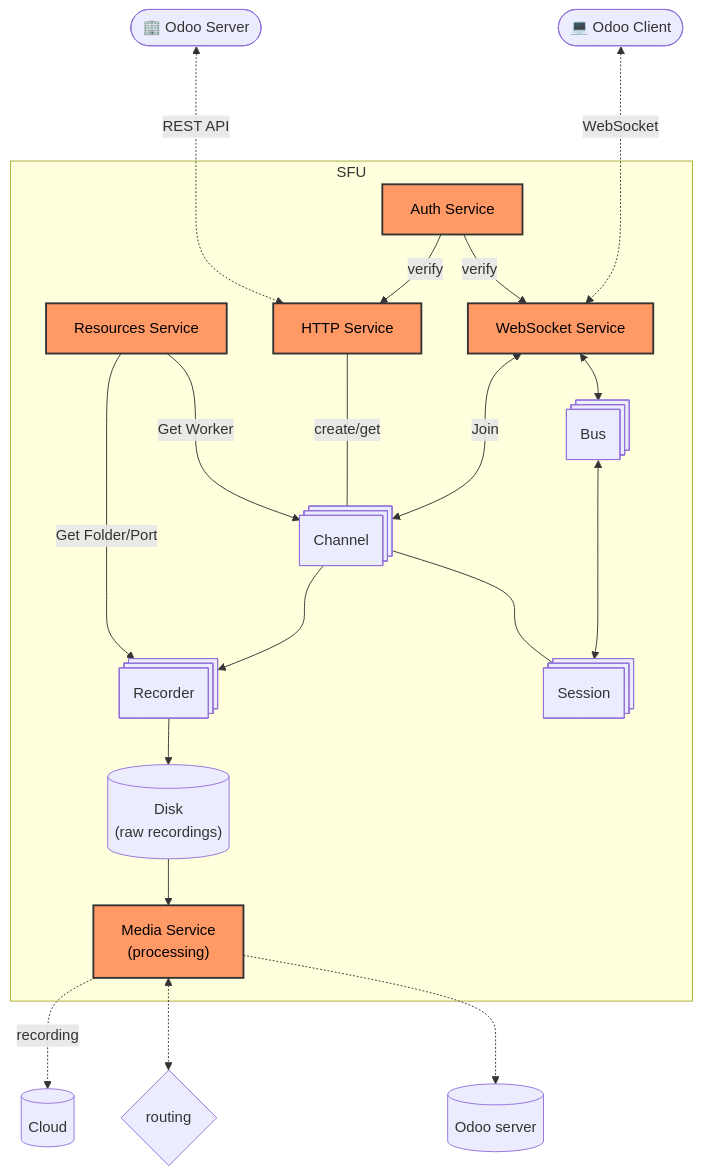
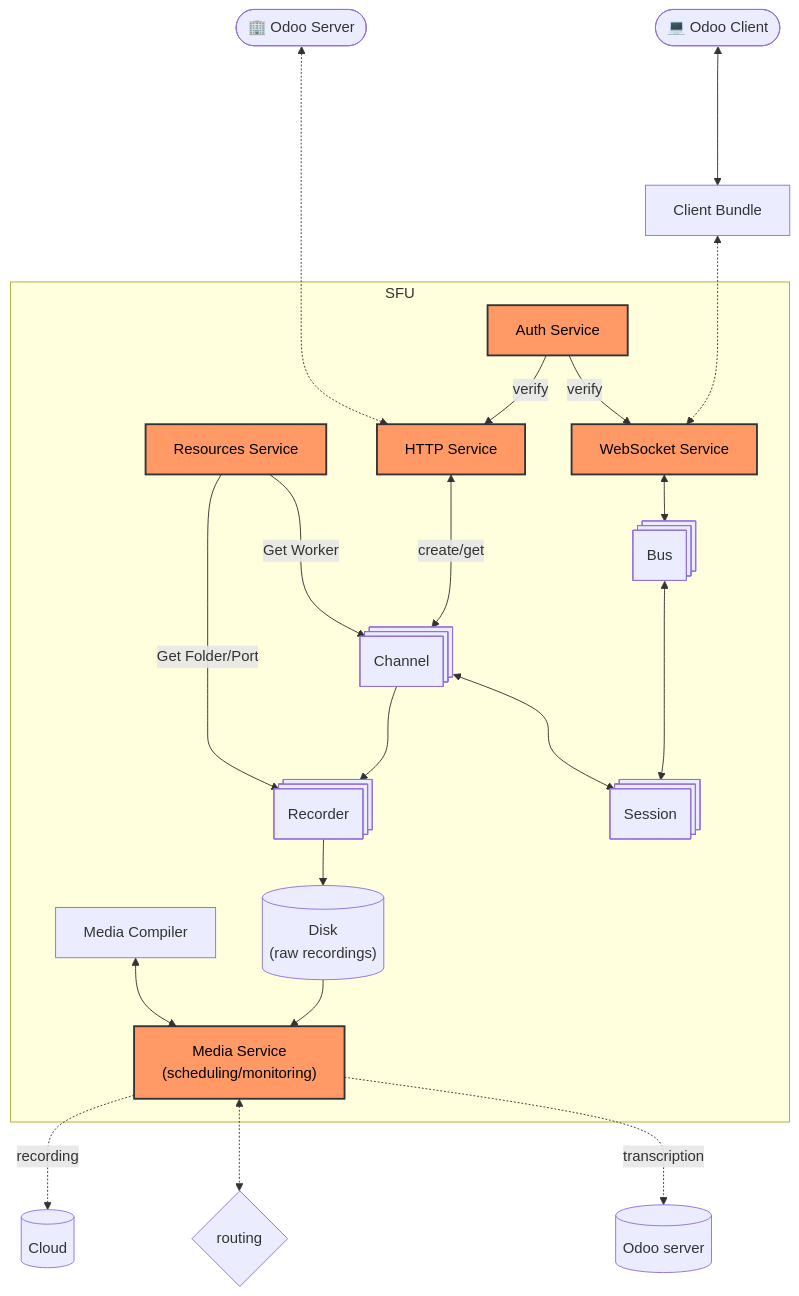
The first of 2 diagrams in src/services/README.md (odoo/sfu), drawn with Mermaid before and after one commit. The commit also changed 8 other files, not shown here.

Commit message:
[wip] media service / media compiler

````diff
--- a/src/services/README.md
+++ b/src/services/README.md
@@ -7,50 +7,54 @@
 ```mermaid
 flowchart TB
  subgraph s1["SFU"]
         HTTP["HTTP Service"]
         WS["WebSocket Service"]
         Auth["Auth Service"]
         Bus["Bus"]
         Channel["Channel"]
         Resources["Resources Service"]
         Recorder["Recorder"]
-        Media["Media Service<br>(processing)"]
+        Media["Media Service<br>(scheduling/monitoring)"]
         Session["Session"]
         Disk["Disk<br>(raw recordings)"]
+        MC
   end
     C1["Cloud"]
     Auth -- verify --> WS
-    Server(["🏢 Odoo Server"]) <-. REST API ...-> HTTP
-    Client(["💻 Odoo Client"]) <-. WebSocket ...-> WS
+    Server(["🏢 Odoo Server"]) <-.....-> HTTP
+    CB["Client Bundle"]
+    Client(["💻 Odoo Client"]) <----> CB
+    CB <-..-> WS
     Auth -- verify --> HTTP
     WS <--> Bus
-    Channel --- Session
+    Channel <---> Session
     Bus <----> Session
     Resources -- Get Worker ---> Channel
     Resources -- Get Folder/Port ---> Recorder
-    HTTP -- create/get ---- Channel
-    WS <-- Join ---> Channel
+    HTTP <-- create/get ---> Channel
     
     Channel ---> Recorder
     Recorder --> Disk
+    
     Media -.->|recording| C1
     Media <-.-> R1(["routing"])
-    Media -.-> O2["Odoo server"]
+    Media -.->|transcription| O2["Odoo server"]
+    MC["Media Compiler"] <--> Media
     Disk --> Media
     
 
     Bus@{shape: procs}
     Channel@{shape: procs}
     Recorder@{shape: procs}
     Session@{shape: procs}
     R1@{shape: diamond}
     O2@{shape: cyl}
     Disk@{shape: cyl}
     C1@{shape: cyl}
     HTTP:::service
     WS:::service
     Auth:::service
     Media:::service
     Resources:::service
     classDef service fill:#f96,stroke:#333,stroke-width:2px,color:#000
 ```
````
